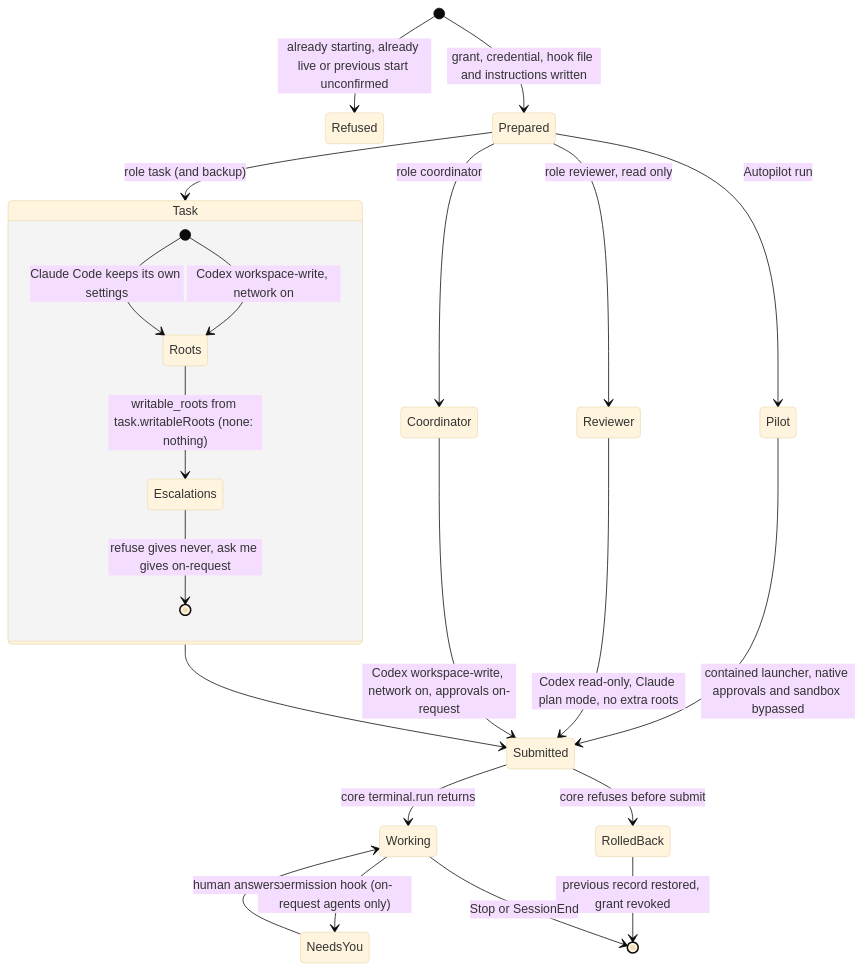
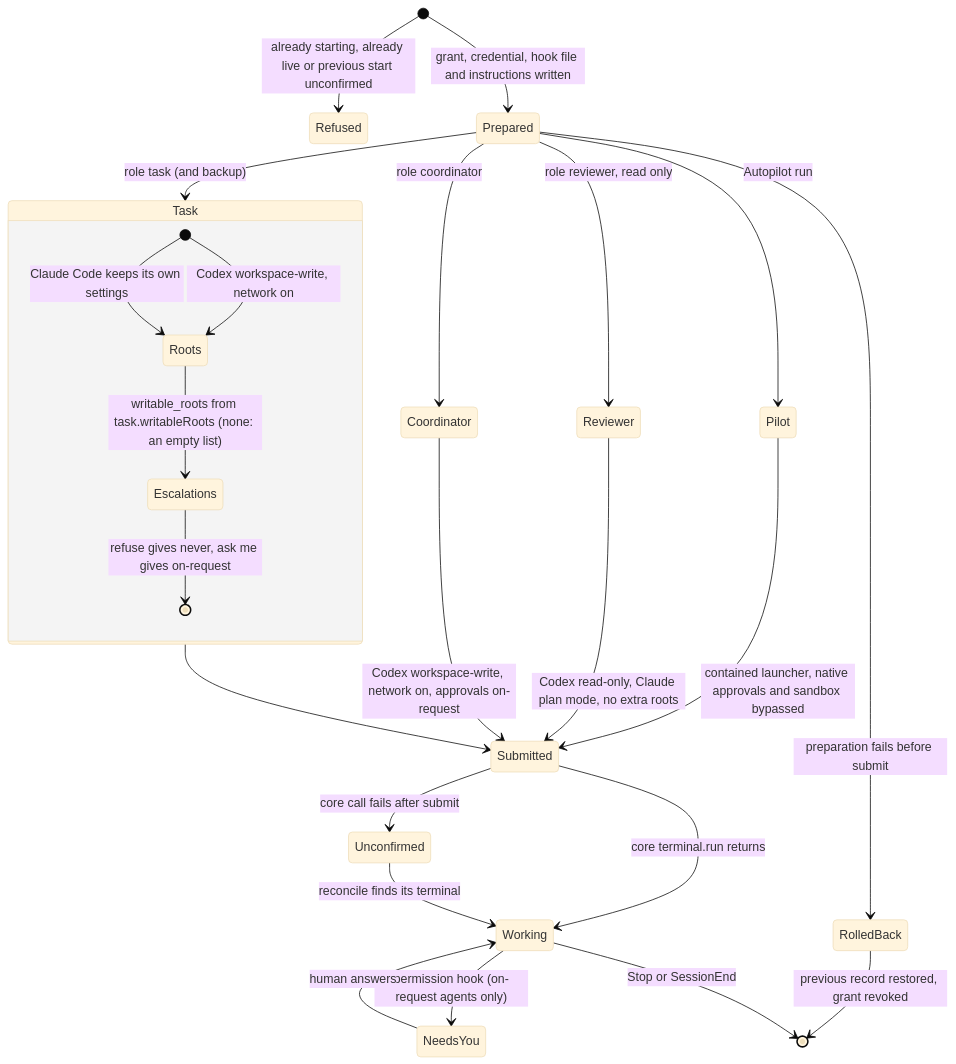
The diagram in docs/state-charts/agent-launch.md (shyamsivakumar/herdr-projects), drawn with Mermaid (base theme) before and after one commit. The commit also changed 2 other files, not shown here.

Commit message:
Pass an empty writable_roots list when task roots are none
An empty override still replaces a list in the human's Codex config,
so none really means no extra roots. Correct the launch chart's
rollback path.

````diff
--- a/docs/state-charts/agent-launch.md
+++ b/docs/state-charts/agent-launch.md
@@ -7,28 +7,30 @@
 ```mermaid
 stateDiagram-v2
     [*] --> Refused: already starting, already live or previous start unconfirmed
     [*] --> Prepared: grant, credential, hook file and instructions written
     Prepared --> Pilot: Autopilot run
     Prepared --> Reviewer: role reviewer, read only
     Prepared --> Coordinator: role coordinator
     Prepared --> Task: role task (and backup)
 
     Pilot --> Submitted: contained launcher, native approvals and sandbox bypassed
     Reviewer --> Submitted: Codex read-only, Claude plan mode, no extra roots
     Coordinator --> Submitted: Codex workspace-write, network on, approvals on-request
 
     state Task {
         [*] --> Roots: Claude Code keeps its own settings
         [*] --> Roots: Codex workspace-write, network on
-        Roots --> Escalations: writable_roots from task.writableRoots (none: nothing)
+        Roots --> Escalations: writable_roots from task.writableRoots (none: an empty list)
         Escalations --> [*]: refuse gives never, ask me gives on-request
     }
     Task --> Submitted
 
     Submitted --> Working: core terminal.run returns
-    Submitted --> RolledBack: core refuses before submit
+    Prepared --> RolledBack: preparation fails before submit
     RolledBack --> [*]: previous record restored, grant revoked
+    Submitted --> Unconfirmed: core call fails after submit
+    Unconfirmed --> Working: reconcile finds its terminal
     Working --> NeedsYou: permission hook (on-request agents only)
     NeedsYou --> Working: human answers
     Working --> [*]: Stop or SessionEnd
 ```
````
